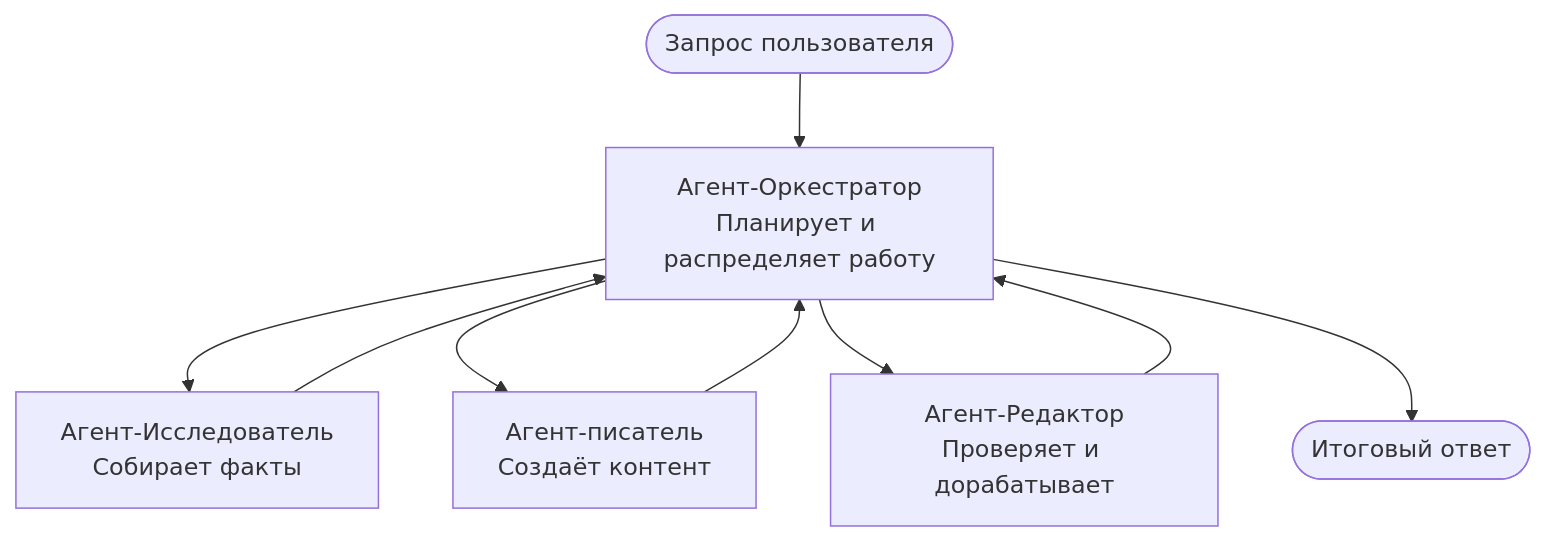
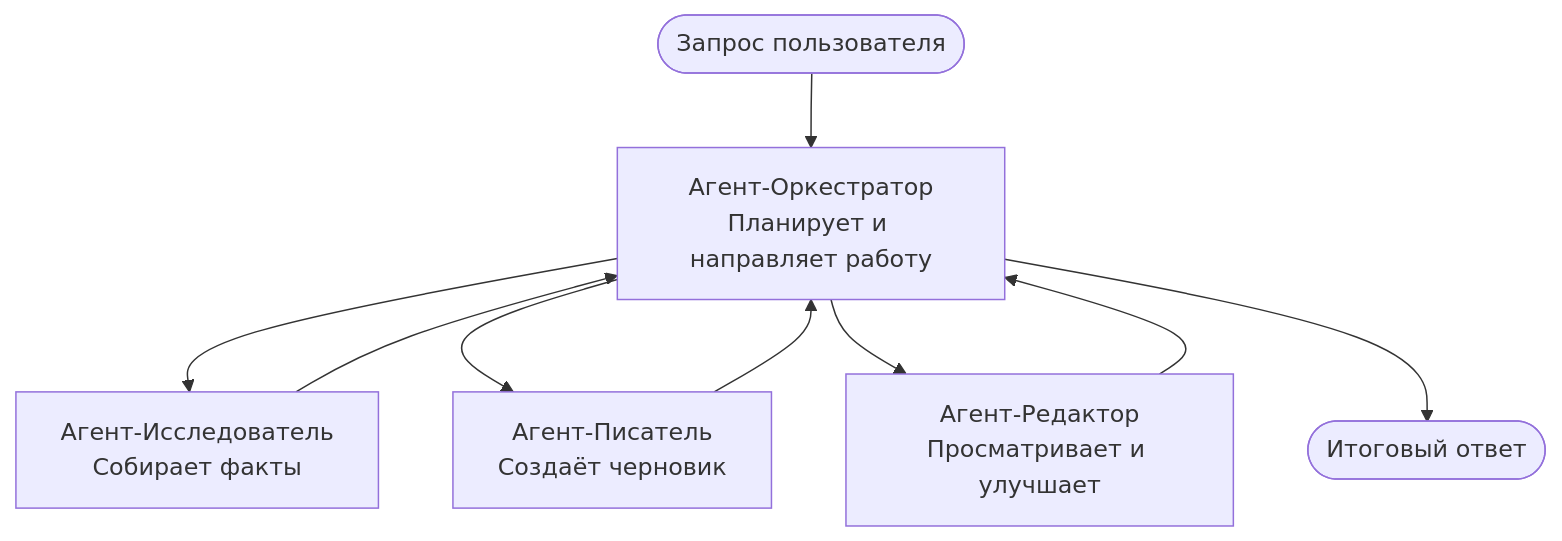
The diagram in translations/ru/docs/chapter-05-multi-agent/multi-agent-basics.md (microsoft/AZD-for-beginners), drawn with Mermaid before and after one commit. The commit also changed other lines of this file and 59 other files, not shown here.

````diff
--- a/translations/ru/docs/chapter-05-multi-agent/multi-agent-basics.md
+++ b/translations/ru/docs/chapter-05-multi-agent/multi-agent-basics.md
@@ -43,11 +43,11 @@
 ```mermaid
 graph TD
-    User([Запрос пользователя]) --> Orchestrator[Агент-Оркестратор<br/>Планирует и распределяет работу]
+    User([Запрос пользователя]) --> Orchestrator[Агент-Оркестратор<br/>Планирует и направляет работу]
     Orchestrator --> Researcher[Агент-Исследователь<br/>Собирает факты]
-    Orchestrator --> Writer[Агент-писатель<br/>Создаёт контент]
-    Orchestrator --> Editor[Агент-Редактор<br/>Проверяет и дорабатывает]
+    Orchestrator --> Writer[Агент-Писатель<br/>Создаёт черновик]
+    Orchestrator --> Editor[Агент-Редактор<br/>Просматривает и улучшает]
     Researcher --> Orchestrator
     Writer --> Orchestrator
     Editor --> Orchestrator
     Orchestrator --> Result([Итоговый ответ])
 ```
````
